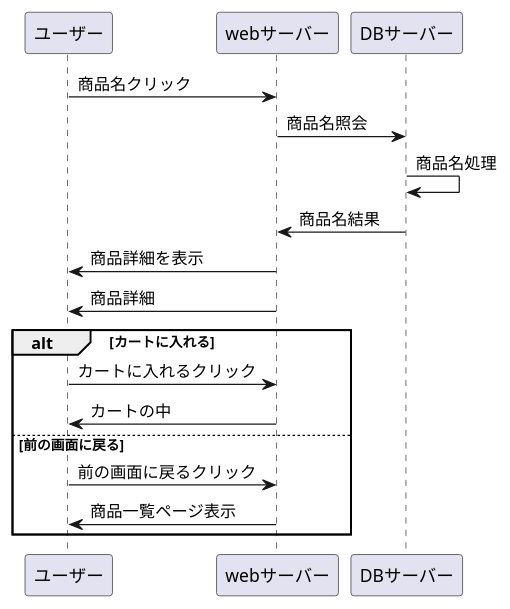
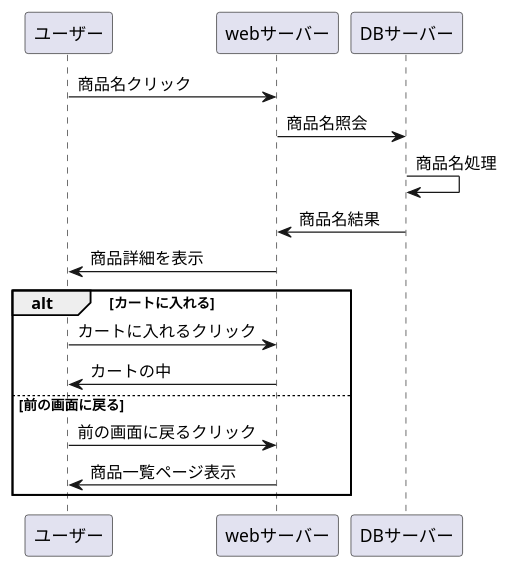
One commit to Aso2001403/2021sys-design changed the diagram in syouhinnitirann.md. Above: the diagram before and after it, drawn with PlantUML.

````diff
--- a/syouhinnitirann.md
+++ b/syouhinnitirann.md
@@ -1,21 +1,19 @@
 ```uml
 @startuml
 
 
 ユーザー -> webサーバー : 商品名クリック
 webサーバー -> DBサーバー : 商品名照会
 DBサーバー -> DBサーバー : 商品名処理
 DBサーバー -> webサーバー : 商品名結果
 webサーバー -> ユーザー : 商品詳細を表示
 
-
-webサーバー ->  ユーザー: 商品詳細
 alt カートに入れる
  ユーザー -> webサーバー :カートに入れるクリック
  webサーバー -> ユーザー:カートの中
  else 前の画面に戻る
  ユーザー -> webサーバー :前の画面に戻るクリック
  webサーバー -> ユーザー:商品一覧ページ表示
  end
 @enduml
 ```
````
